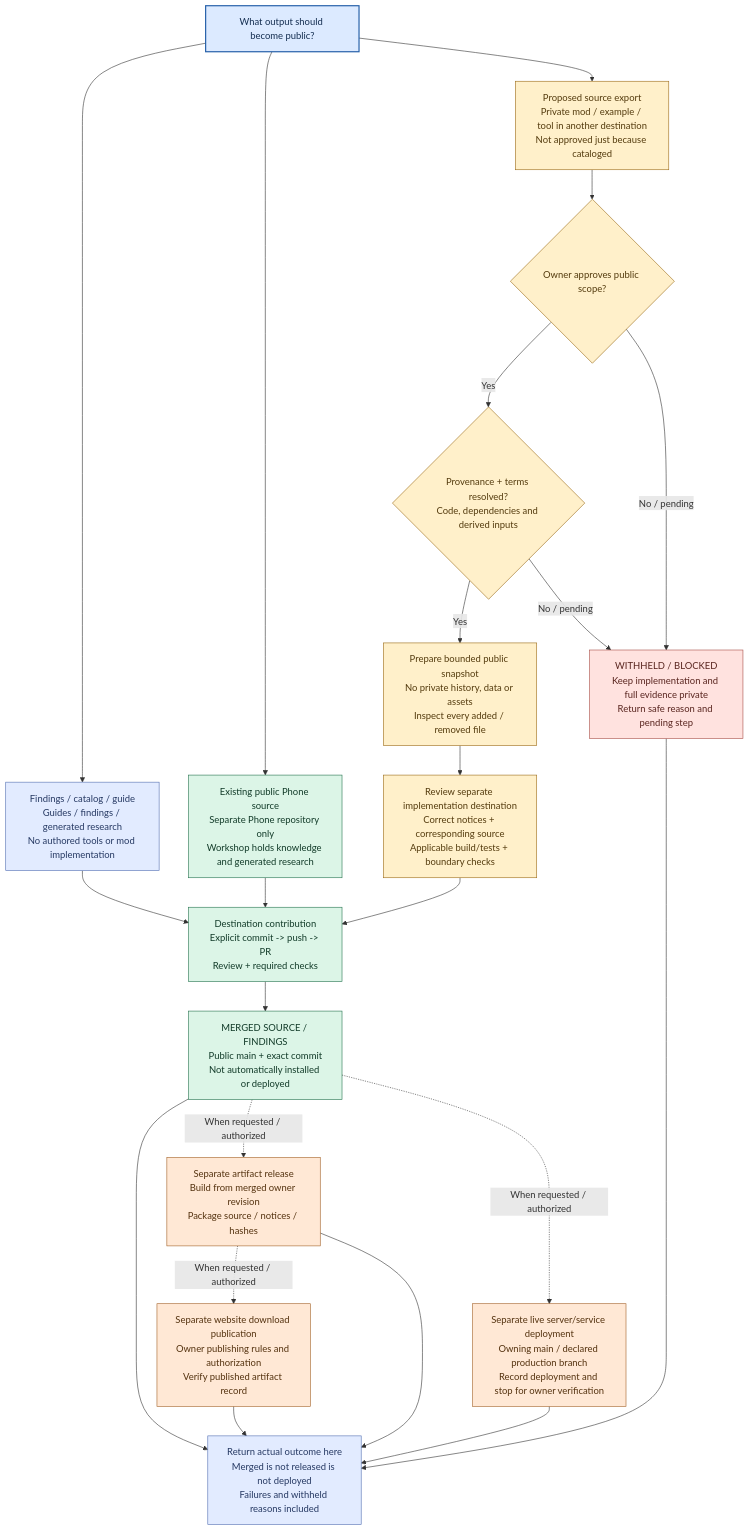
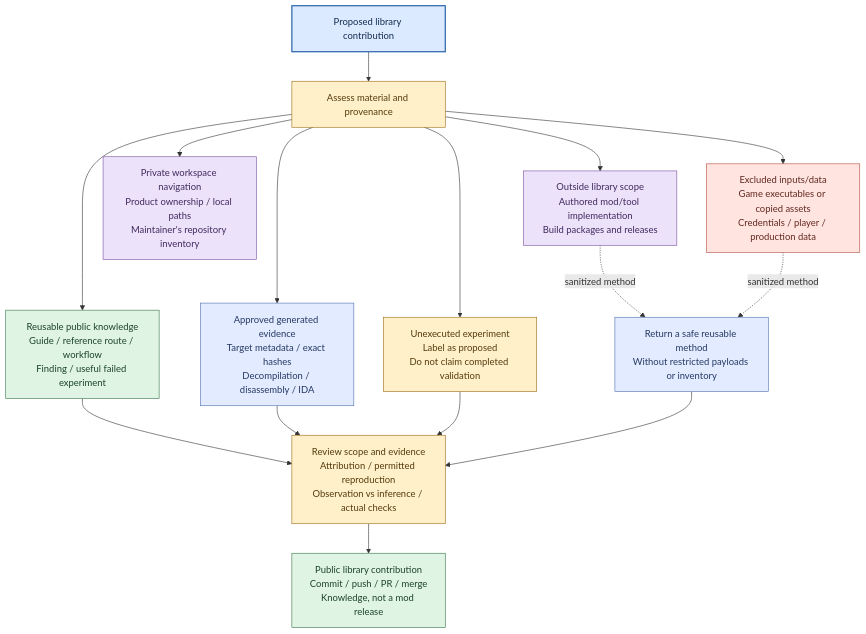
One commit to darkcenturies/gta-workshop changed the diagram in docs/workshop/publication.mmd. Above: the diagram before and after it, drawn with Mermaid. The commit also changed 31 other files, not shown here.

Commit message:
Reframe GTA Workshop as a public reference library for mod-making.

```diff
--- a/docs/workshop/publication.mmd
+++ b/docs/workshop/publication.mmd
@@ -1,41 +1,44 @@
 flowchart TB
-    accTitle: Public findings, source exports and deployment have different gates
-    accDescr: Existing public maintenance uses its current scope. Proposed private source exports need scope, terms, snapshot and allowlist review. Withheld work stays private but returns a public-safe summary. Main merge precedes separately requested release and deployment.
-    OUT["What output should become public?"]:::hub
-    FIND["Findings / catalog / guide\nGuides / findings / generated research\nNo authored tools or mod implementation"]:::evidence
-    EXIST["Existing public Phone source\nSeparate Phone repository only\nWorkshop holds knowledge and generated research"]:::public
-    PROPOSE["Proposed source export\nPrivate mod / example / tool in another destination\nNot approved just because cataloged"]:::gate
-    SCOPE{"Owner approves public scope?"}:::gate
-    TERMS{"Provenance + terms resolved?\nCode, dependencies and derived inputs"}:::gate
-    SNAP["Prepare bounded public snapshot\nNo private history, data or assets\nInspect every added / removed file"]:::gate
-    MAN["Review separate implementation destination\nCorrect notices + corresponding source\nApplicable build/tests + boundary checks"]:::gate
-    HOLD["WITHHELD / BLOCKED\nKeep implementation and full evidence private\nReturn safe reason and pending step"]:::blocked
-    PR["Destination contribution\nExplicit commit -> push -> PR\nReview + required checks"]:::public
-    MAIN["MERGED SOURCE / FINDINGS\nPublic main + exact commit\nNot automatically installed or deployed"]:::public
-    ART["Separate artifact release\nBuild from merged owner revision\nPackage source / notices / hashes"]:::release
-    SITE["Separate website download publication\nOwner publishing rules and authorization\nVerify published artifact record"]:::release
-    LIVE["Separate live server/service deployment\nOwning main / declared production branch\nRecord deployment and stop for owner verification"]:::release
-    BACK["Return actual outcome here\nMerged is not released is not deployed\nFailures and withheld reasons included"]:::evidence
-    OUT --> FIND & EXIST & PROPOSE
-    FIND --> PR
-    EXIST --> PR
-    PROPOSE --> SCOPE
-    SCOPE -->|"Yes"| TERMS
-    SCOPE -->|"No / pending"| HOLD
-    TERMS -->|"Yes"| SNAP
-    TERMS -->|"No / pending"| HOLD
-    SNAP --> MAN --> PR --> MAIN
-    HOLD --> BACK
-    MAIN --> BACK
-    MAIN -. "When requested / authorized" .-> ART
-    ART -. "When requested / authorized" .-> SITE
-    MAIN -. "When requested / authorized" .-> LIVE
-    ART --> BACK
-    SITE --> BACK
-    LIVE --> BACK
+    accTitle: Public GTA library contribution boundaries
+    accDescr: Reusable guides, references, findings and approved generated evidence can be reviewed and merged. Proposed experiments stay labeled. Implementation, releases, private inventory, game payloads and private data stay outside the reference library.
+    NEW["Proposed library contribution"]:::hub
+    TYPE["Assess material and provenance"]:::gate
+    KNOW["Reusable public knowledge
+Guide / reference route / workflow
+Finding / useful failed experiment"]:::public
+    ARCH["Approved generated evidence
+Target metadata / exact hashes
+Decompilation / disassembly / IDA"]:::evidence
+    IDEA["Unexecuted experiment
+Label as proposed
+Do not claim completed validation"]:::gate
+    CODE["Outside library scope
+Authored mod/tool implementation
+Build packages and releases"]:::project
+    INV["Private workspace navigation
+Product ownership / local paths
+Maintainer's repository inventory"]:::project
+    INPUT["Excluded inputs/data
+Game executables or copied assets
+Credentials / player / production data"]:::excluded
+    REVIEW["Review scope and evidence
+Attribution / permitted reproduction
+Observation vs inference / actual checks"]:::gate
+    MERGE["Public library contribution
+Commit / push / PR / merge
+Knowledge, not a mod release"]:::public
+    SAFE["Return a safe reusable method
+Without restricted payloads or inventory"]:::evidence
+    NEW --> TYPE
+    TYPE --> KNOW & ARCH & IDEA & CODE & INV & INPUT
+    KNOW & ARCH & IDEA --> REVIEW --> MERGE
+    CODE & INPUT -. sanitized method .-> SAFE
+    SAFE --> REVIEW
+
     classDef hub fill:#dceaff,stroke:#245fa8,color:#132d50,stroke-width:2px;
-    classDef public fill:#dcf5e7,stroke:#23724d,color:#123b29;
+    classDef reference fill:#d9f4f4,stroke:#267b80,color:#153e42;
     classDef gate fill:#fff0ca,stroke:#9a6a16,color:#543b0e;
     classDef evidence fill:#e2ebff,stroke:#526eb1,color:#263963;
-    classDef blocked fill:#ffe2df,stroke:#a74d46,color:#59251f;
-    classDef release fill:#ffe8d5,stroke:#a26026,color:#54320f;
+    classDef public fill:#e0f4e4,stroke:#367349,color:#1b4329;
+    classDef project fill:#ece3fa,stroke:#7950a1,color:#41285e;
+    classDef excluded fill:#ffe4e0,stroke:#b64c41,color:#622820;
```
